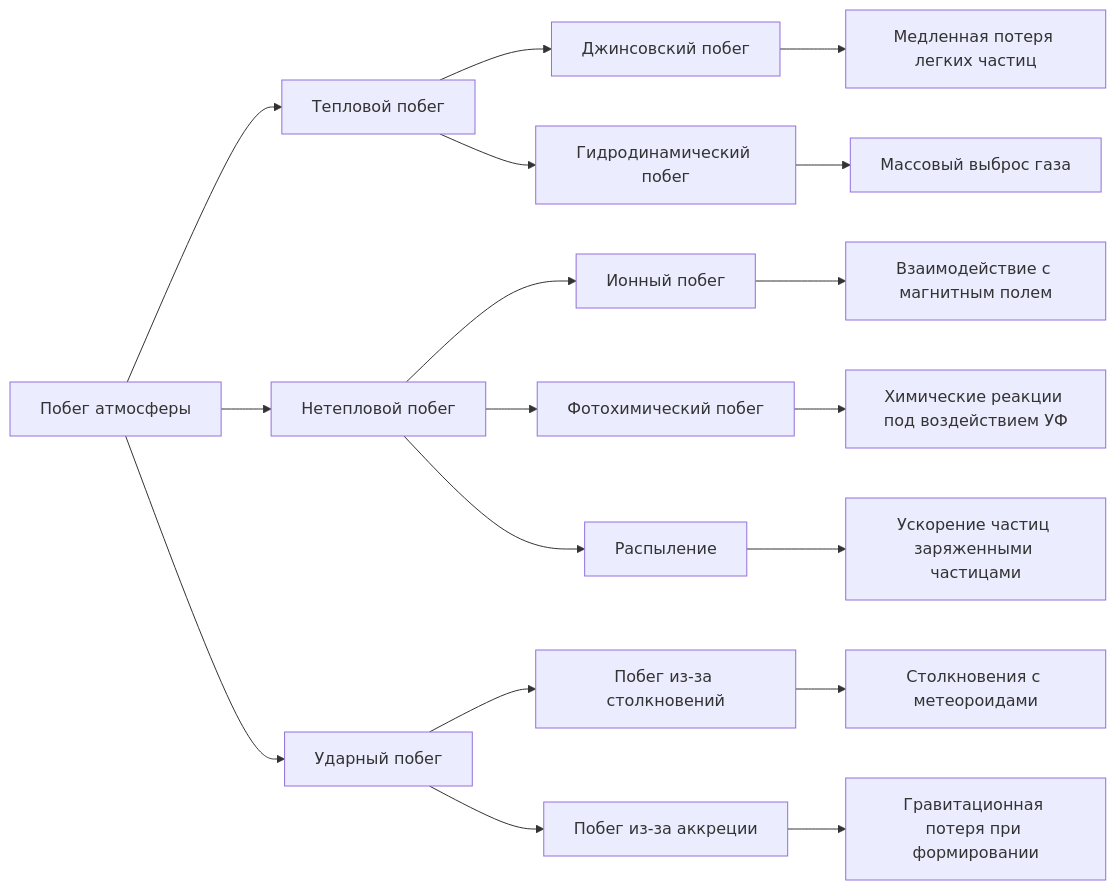
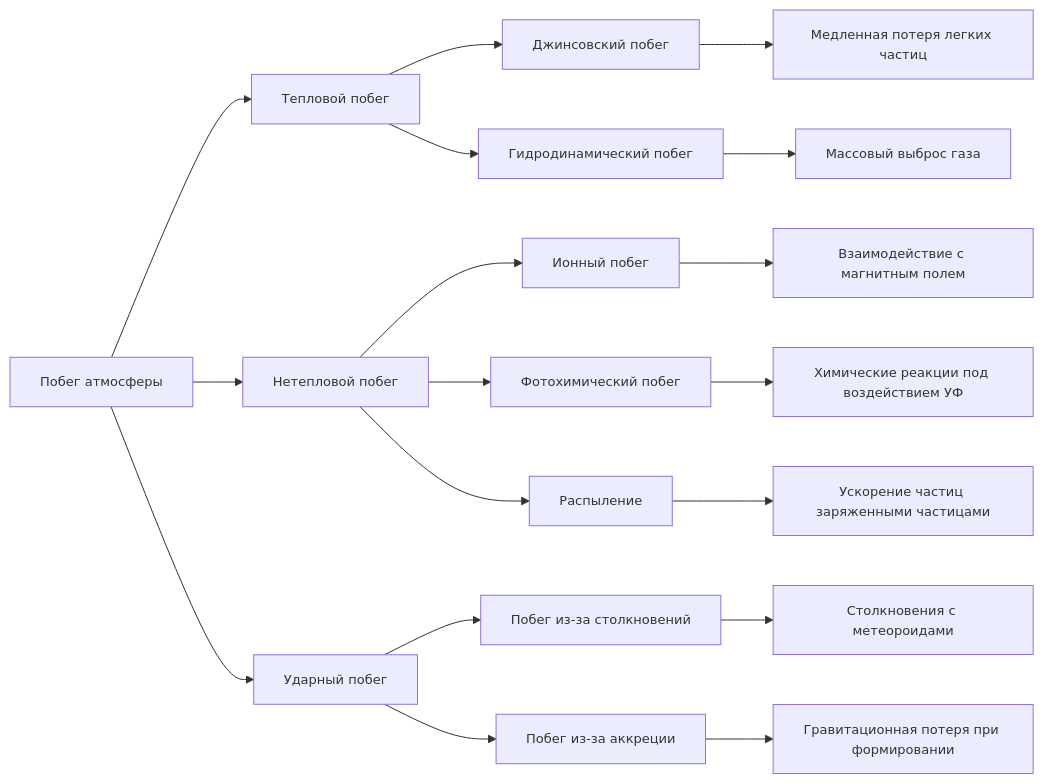
Before and after one commit to arthur-fomin/atmoescape: the first of 2 diagrams in notes/общие-соображения.md, drawn with Mermaid. The commit also changed other lines of this file, not shown here.

Commit message:
2025-06-Jun 16, 2025-21-23-07

````diff
--- a/notes/общие-соображения.md
+++ b/notes/общие-соображения.md
@@ -53,26 +18,29 @@
 ```mermaid
+%%{init: {'themeVariables': {
+    'fontSize': '13px'
+}}}%%
 graph LR
     A[Побег атмосферы] --> B[Тепловой побег]
     A --> C[Нетепловой побег]
     A --> D[Ударный побег]
 
     B --> B1[Джинсовский побег]
     B --> B2["Гидродинамический побег"]
 
     C --> C1[Ионный побег]
     C --> C2[Фотохимический побег]
     C --> C3[Распыление]
 
     D --> D1[Побег из-за столкновений]
     D --> D2[Побег из-за аккреции]
 
     B1 --> B1a[Медленная потеря легких частиц]
     B2 --> B2a[Массовый выброс газа]
 
     C1 --> C1a[Взаимодействие с магнитным полем]
     C2 --> C2a[Химические реакции под воздействием УФ]
     C3 --> C3a[Ускорение частиц заряженными частицами]
 
     D1 --> D1a[Столкновения с метеороидами]
     D2 --> D2a[Гравитационная потеря при формировании]
 ```
````
